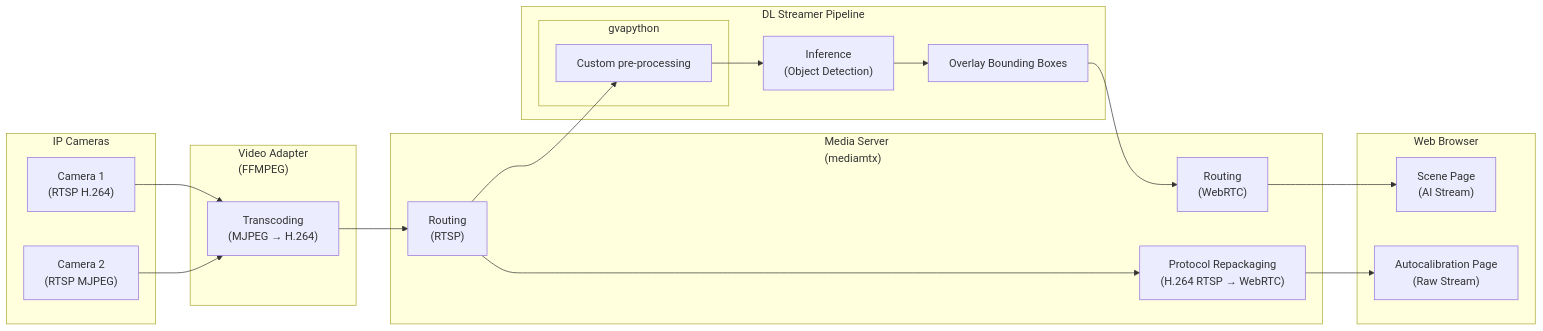
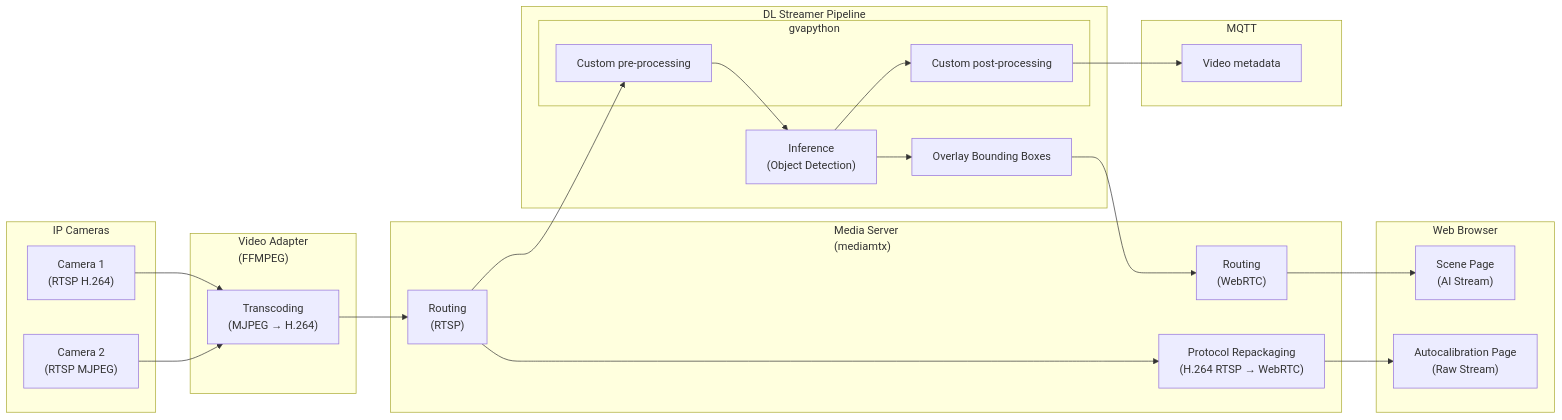
Before and after one commit to open-edge-platform/scenescape: the second of 3 diagrams in docs/design/streaming-video-webrtc-ui.md, drawn with Mermaid. The commit also changed other lines of this file, not shown here.

Commit message:
update charts

````diff
--- a/docs/design/streaming-video-webrtc-ui.md
+++ b/docs/design/streaming-video-webrtc-ui.md
@@ -82,47 +83,56 @@
 ```mermaid
 flowchart LR
     subgraph Cameras["IP Cameras"]
         C1["Camera 1<br/>(RTSP H.264)"]
         C2["Camera 2<br/>(RTSP MJPEG)"]
     end
 
     subgraph FFMPEG["Video Adapter<br/>(FFMPEG)"]
         Transcode["Transcoding<br/>(MJPEG → H.264)"]
     end
 
     subgraph MediaServer["Media Server<br/>(mediamtx)"]
         RouteRTSP["Routing<br/>(RTSP)"]
         Repack["Protocol Repackaging<br/>(H.264 RTSP → WebRTC)"]
         RouteWebRTC["Routing<br/>(WebRTC)"]
     end
 
     subgraph AI["DL Streamer Pipeline"]
         subgraph gvapython["gvapython"]
             CustomPreProcess["Custom pre-processing"]
+            CustomPostProcess["Custom post-processing"]
         end
         Detect["Inference<br/>(Object Detection)"]
         Overlay["Overlay Bounding Boxes"]
+    end
+
+    subgraph Mqtt["MQTT<br/>"]
+        VideoMetadata["Video metadata"]
     end
 
     subgraph Browser["Web Browser"]
         Scene["Scene Page<br/>(AI Stream)"]
         AutoCalib["Autocalibration Page<br/>(Raw Stream)"]
     end
 
     %% Camera flows into Media Server
     C1 --> Transcode
     C2 --> Transcode
 
     %% FFMPEG converts video and sends to Media Server
     Transcode --> RouteRTSP
 
+    %% Inference metadata
+    CustomPostProcess --> VideoMetadata
+
     %% Raw stream path → Autocalibration
     RouteRTSP --> Repack
     Repack --> AutoCalib
 
     %% AI pipeline path → Scene
     RouteRTSP --> CustomPreProcess
     CustomPreProcess --> Detect --> Overlay --> RouteWebRTC
+    Detect --> CustomPostProcess
     RouteWebRTC --> Scene
 
 ```
````
